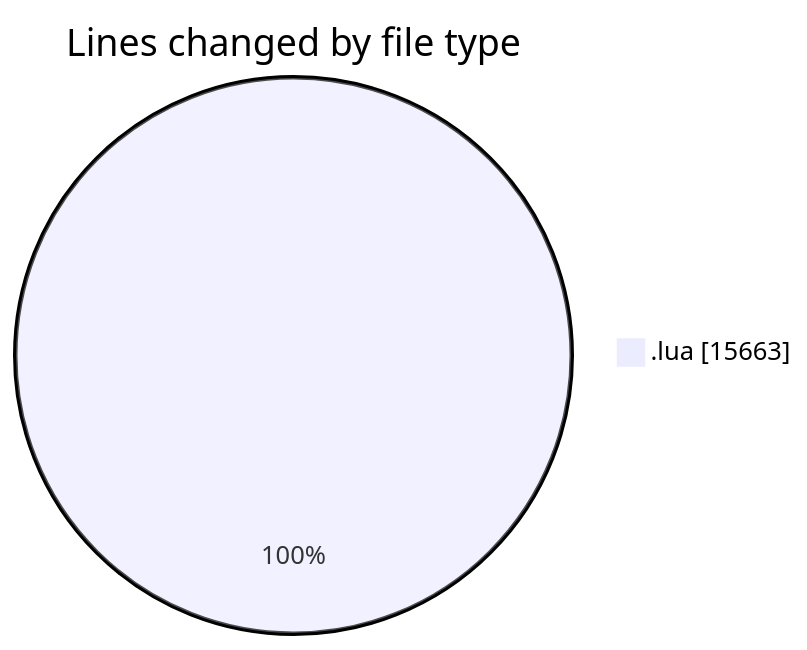
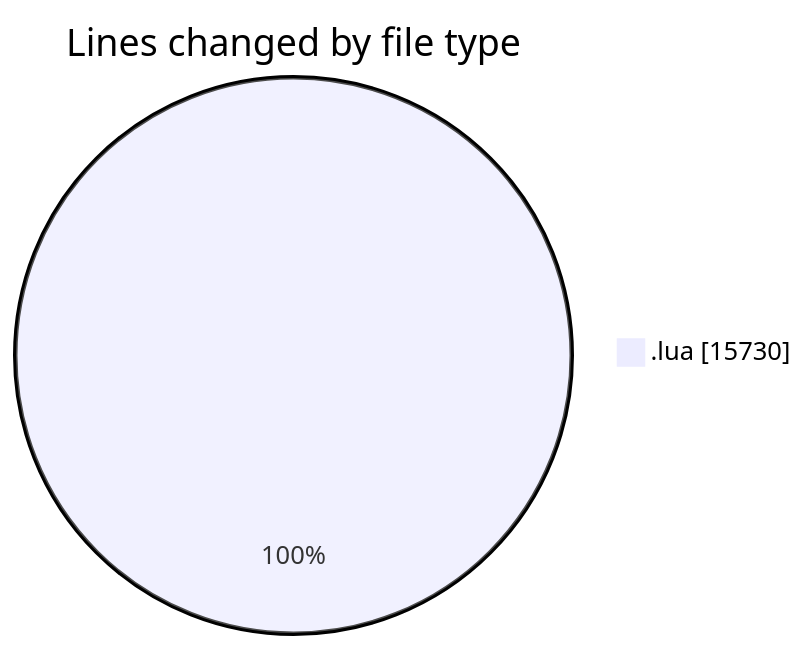
One commit to 3Nya3/code-tracking changed the first of 2 diagrams in 2025-01-02/mods/README.md. Above: the diagram before and after it, drawn with Mermaid. The commit also changed other lines of this file and 1 other file, not shown here.

````diff
--- a/2025-01-02/mods/README.md
+++ b/2025-01-02/mods/README.md
@@ -20,5 +20,5 @@
 ```mermaid
 pie showData
 title Lines changed by file type
-".lua" : 15663
+".lua" : 15730
 ```
````
